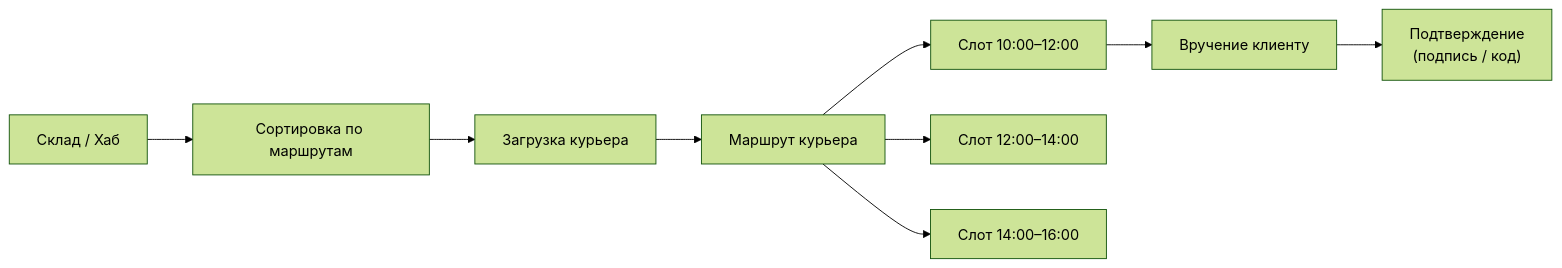
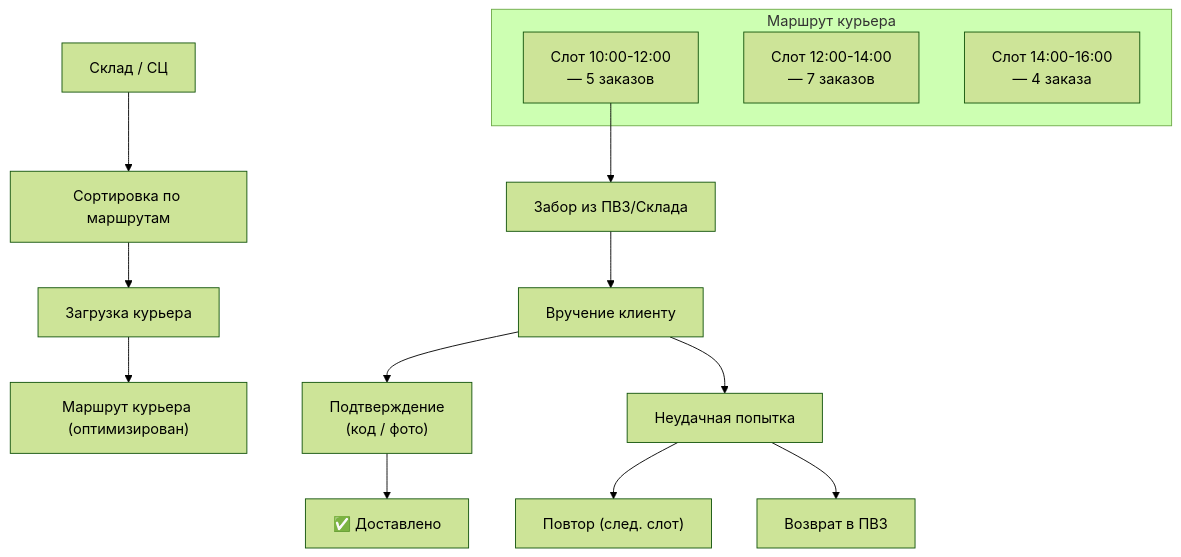
One commit to sergeyodnoval-bot/sysanalyst-kb.github.io changed the first of 3 diagrams in docs/specialization/logistics-last-mile.md. Above: the diagram before and after it, drawn with Mermaid (forest theme). The commit also changed other lines of this file and 13 other files, not shown here.

````diff
--- a/docs/specialization/logistics-last-mile.md
+++ b/docs/specialization/logistics-last-mile.md
@@ -22,11 +31,21 @@
 ```mermaid
-flowchart LR
-    WH["Склад / Хаб"] --> SORT["Сортировка по маршрутам"]
+flowchart TD
+    WH["Склад / СЦ"] --> SORT["Сортировка по маршрутам"]
     SORT --> LOAD["Загрузка курьера"]
-    LOAD --> ROUTE["Маршрут курьера"]
-    ROUTE --> SLOT1["Слот 10:00–12:00"]
-    ROUTE --> SLOT2["Слот 12:00–14:00"]
-    ROUTE --> SLOT3["Слот 14:00–16:00"]
-    SLOT1 --> DEL["Вручение клиенту"]
-    DEL --> CONFIRM["Подтверждение<br/>(подпись / код)"]
+    LOAD --> ROUTE["Маршрут курьера (оптимизирован)"]
+    
+    subgraph Route["Маршрут курьера"]
+
+        SLOT1["Слот 10:00-12:00<br/>— 5 заказов"]
+        SLOT2["Слот 12:00-14:00<br/>— 7 заказов"]
+        SLOT3["Слот 14:00-16:00<br/>— 4 заказа"]
+    end
+    
+    SLOT1 --> PICKUP["Забор из ПВЗ/Склада"]
+    PICKUP --> DELIVERY["Вручение клиенту"]
+    DELIVERY --> CONFIRM["Подтверждение<br/>(код / фото)"]
+    DELIVERY --> FAIL["Неудачная попытка"]
+    FAIL --> REATTEMPT["Повтор (след. слот)"]
+    FAIL --> PVP["Возврат в ПВЗ"]
+    CONFIRM --> DONE["✅ Доставлено"]
 ```
````
